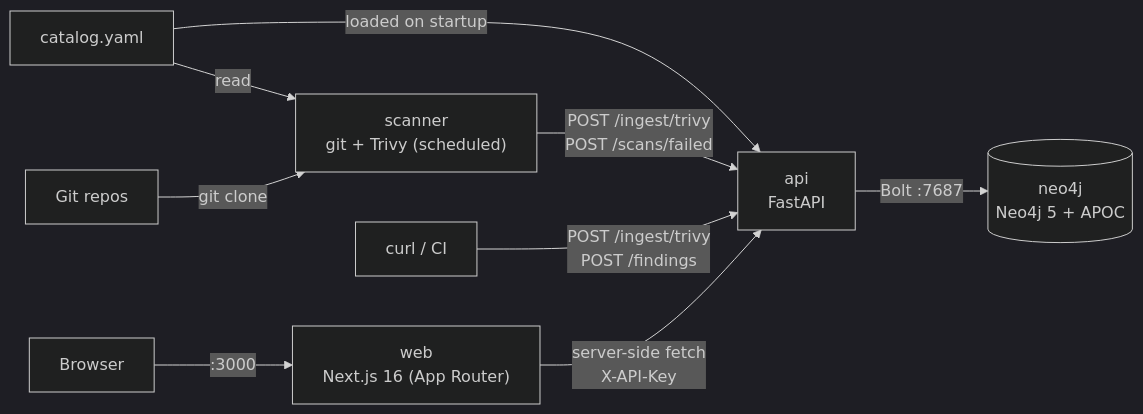
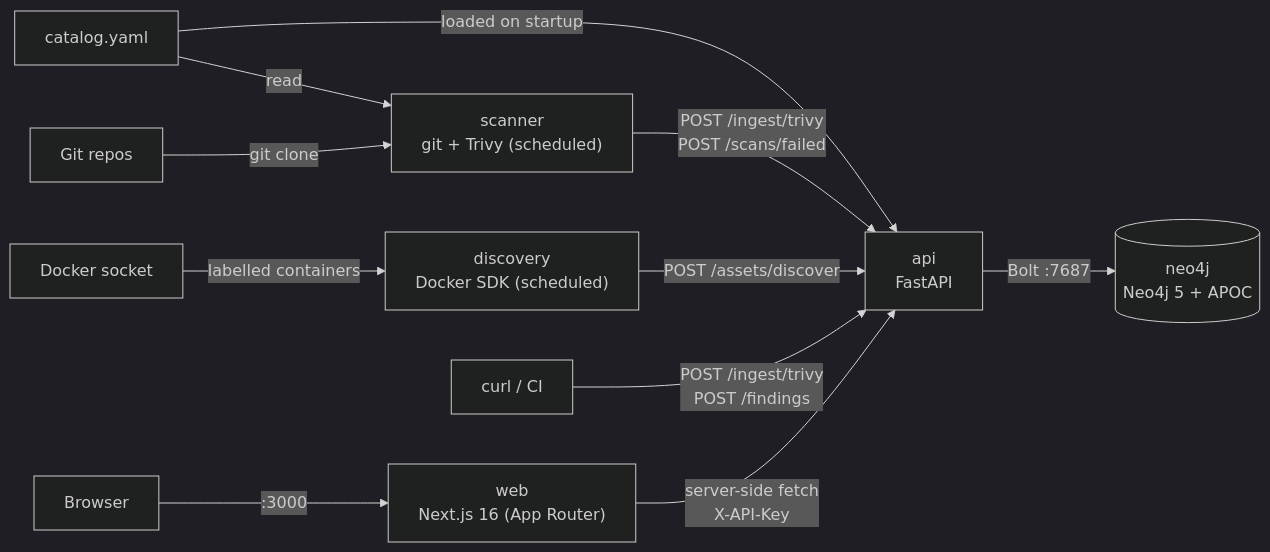
One commit to PatakiSubodh/ASPM changed the diagram in README.md. Above: the diagram before and after it, drawn with Mermaid (dark theme). The commit also changed other lines of this file, not shown here.

Commit message:
docs: document Docker asset discovery

````diff
--- a/README.md
+++ b/README.md
@@ -9,11 +9,13 @@
 ```mermaid
 flowchart LR
     catalog["catalog.yaml"] -->|"read"| scanner
     catalog -->|"loaded on startup"| api
     github["Git repos"] -->|"git clone"| scanner
     scanner["scanner<br/>git + Trivy (scheduled)"] -->|"POST /ingest/trivy<br/>POST /scans/failed"| api
+    docker["Docker socket"] -->|"labelled containers"| discovery["discovery<br/>Docker SDK (scheduled)"]
+    discovery -->|"POST /assets/discover"| api
     manual["curl / CI"] -->|"POST /ingest/trivy<br/>POST /findings"| api
     browser["Browser"] -->|":3000"| web
     web["web<br/>Next.js 16 (App Router)"] -->|"server-side fetch<br/>X-API-Key"| api
     api["api<br/>FastAPI"] -->|"Bolt :7687"| db[("neo4j<br/>Neo4j 5 + APOC")]
 ```
````
